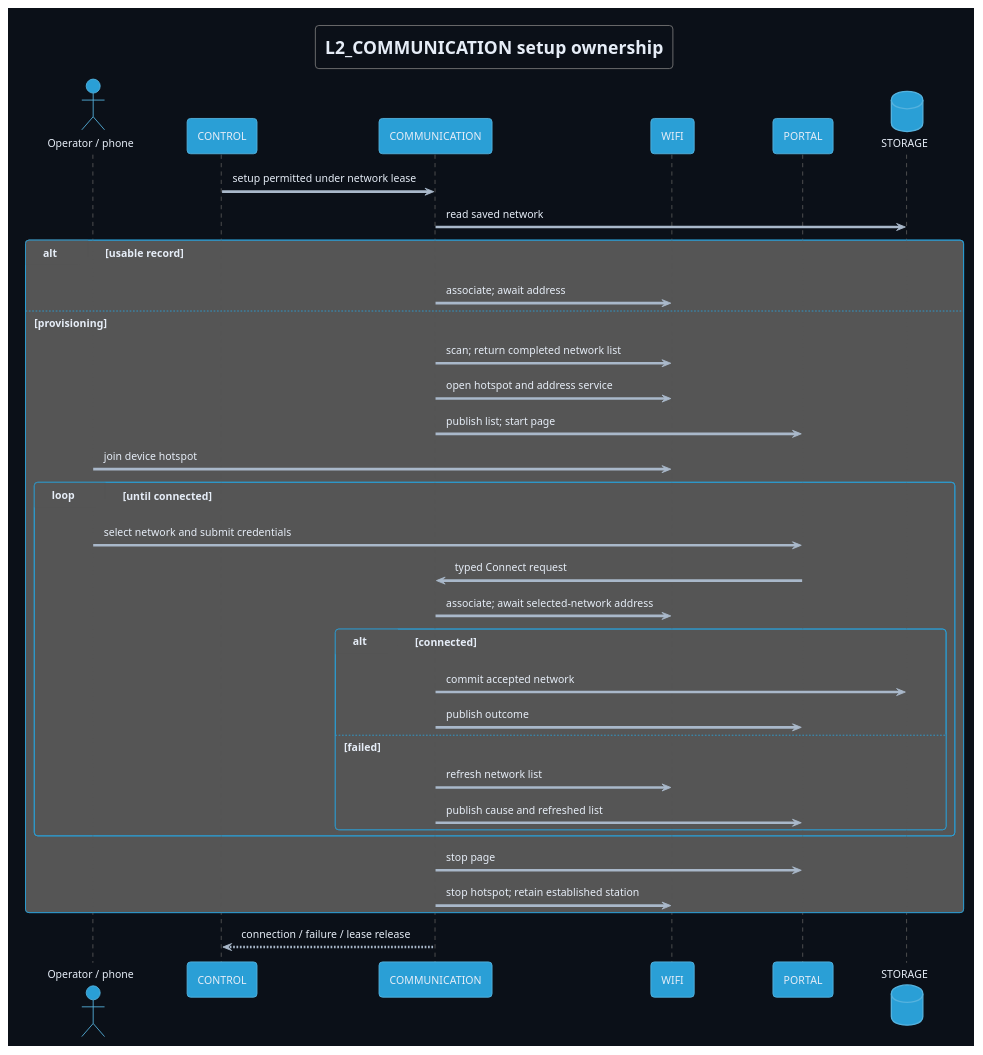
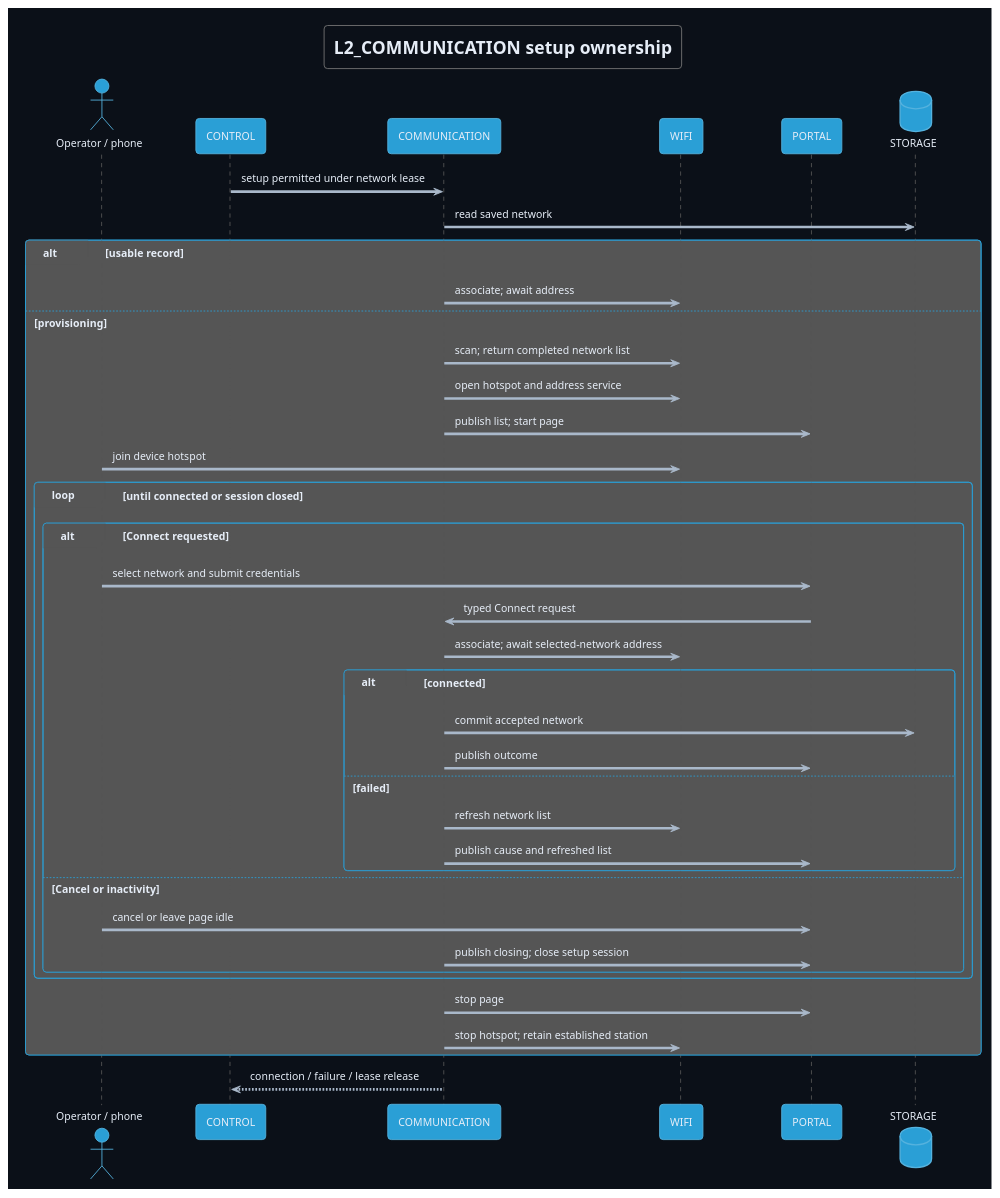
The diagram in Development/system/architecture/COMMUNICATION/setup-sequence.puml (DemonicPsychoII/DigitalStethoscope), drawn with PlantUML before and after one commit. The commit also changed 3 other files, not shown here.

First line of the commit message:
docs: align setup state and sequence with link recovery

```diff
--- a/Development/system/architecture/COMMUNICATION/setup-sequence.puml
+++ b/Development/system/architecture/COMMUNICATION/setup-sequence.puml
@@ -1,40 +1,45 @@
 @startuml setup_sequence
 !theme cyborg
 skinparam shadowing false
 skinparam defaultFontName SansSerif
 skinparam backgroundColor #0b1018
 skinparam defaultFontColor #e6edf7
 skinparam ArrowColor #a9b8ca
 title L2_COMMUNICATION setup ownership
 actor "Operator / phone" as Operator
 participant CONTROL
 participant COMMUNICATION
 participant WIFI
 participant PORTAL
 database STORAGE
 CONTROL -> COMMUNICATION : setup permitted under network lease
 COMMUNICATION -> STORAGE : read saved network
 alt usable record
  COMMUNICATION -> WIFI : associate; await address
 else provisioning
  COMMUNICATION -> WIFI : scan; return completed network list
  COMMUNICATION -> WIFI : open hotspot and address service
  COMMUNICATION -> PORTAL : publish list; start page
  Operator -> WIFI : join device hotspot
- loop until connected
-  Operator -> PORTAL : select network and submit credentials
-  PORTAL -> COMMUNICATION : typed Connect request
-  COMMUNICATION -> WIFI : associate; await selected-network address
-  alt connected
-   COMMUNICATION -> STORAGE : commit accepted network
-   COMMUNICATION -> PORTAL : publish outcome
-  else failed
-   COMMUNICATION -> WIFI : refresh network list
-   COMMUNICATION -> PORTAL : publish cause and refreshed list
+ loop until connected or session closed
+  alt Connect requested
+   Operator -> PORTAL : select network and submit credentials
+   PORTAL -> COMMUNICATION : typed Connect request
+   COMMUNICATION -> WIFI : associate; await selected-network address
+   alt connected
+    COMMUNICATION -> STORAGE : commit accepted network
+    COMMUNICATION -> PORTAL : publish outcome
+   else failed
+    COMMUNICATION -> WIFI : refresh network list
+    COMMUNICATION -> PORTAL : publish cause and refreshed list
+   end
+  else Cancel or inactivity
+   Operator -> PORTAL : cancel or leave page idle
+   COMMUNICATION -> PORTAL : publish closing; close setup session
   end
  end
  COMMUNICATION -> PORTAL : stop page
  COMMUNICATION -> WIFI : stop hotspot; retain established station
 end
 COMMUNICATION --> CONTROL : connection / failure / lease release
 @enduml
```
